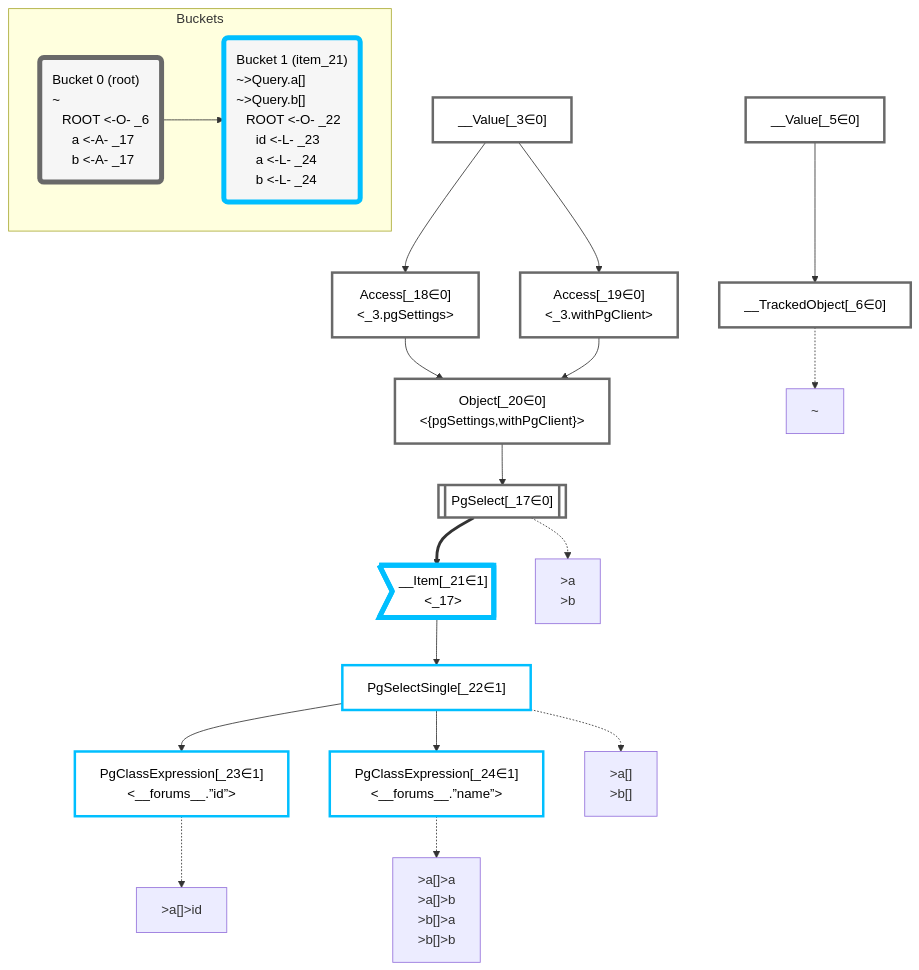
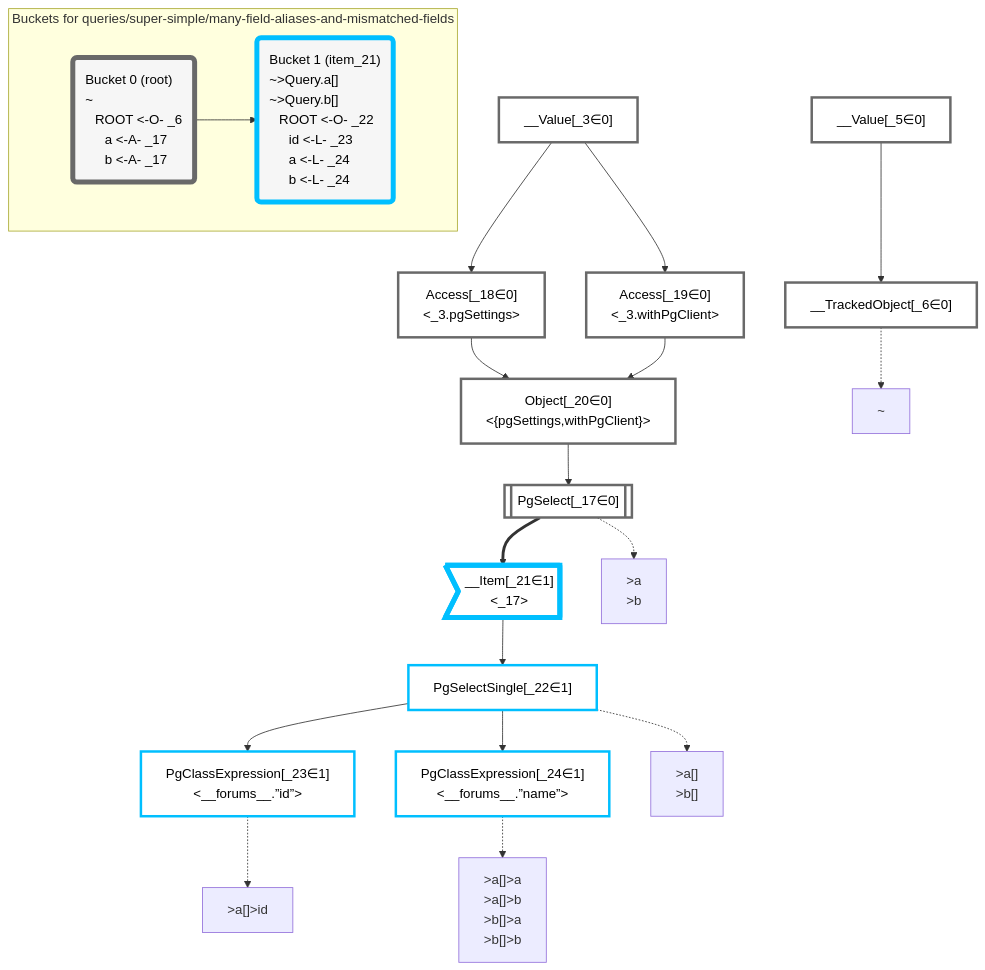
Before and after one commit to graphile/crystal: the diagram in packages/dataplan-pg/__tests__/queries/super-simple/many-field-aliases-and-mismatched-fields.deopt.mermaid.md, drawn with Mermaid. The commit also changed 195 other files, not shown here.

````diff
--- a/packages/dataplan-pg/__tests__/queries/super-simple/many-field-aliases-and-mismatched-fields.deopt.mermaid.md
+++ b/packages/dataplan-pg/__tests__/queries/super-simple/many-field-aliases-and-mismatched-fields.deopt.mermaid.md
@@ -1,60 +1,60 @@
 ```mermaid
 graph TD
     classDef path fill:#eee,stroke:#000,color:#000
     classDef plan fill:#fff,stroke-width:3px,color:#000
     classDef itemplan fill:#fff,stroke-width:6px,color:#000
     classDef sideeffectplan fill:#f00,stroke-width:6px,color:#000
     classDef bucket fill:#f6f6f6,color:#000,stroke-width:6px,text-align:left
 
 
     %% define plans
     __Value_3["__Value[_3∈0]<br /><context>"]:::plan
     __Value_5["__Value[_5∈0]<br /><rootValue>"]:::plan
     __TrackedObject_6["__TrackedObject[_6∈0]"]:::plan
     PgSelect_17[["PgSelect[_17∈0]<br /><forums>"]]:::plan
     Access_18["Access[_18∈0]<br /><_3.pgSettings>"]:::plan
     Access_19["Access[_19∈0]<br /><_3.withPgClient>"]:::plan
     Object_20["Object[_20∈0]<br /><{pgSettings,withPgClient}>"]:::plan
     __Item_21>"__Item[_21∈1]<br /><_17>"]:::itemplan
     PgSelectSingle_22["PgSelectSingle[_22∈1]<br /><forums>"]:::plan
     PgClassExpression_23["PgClassExpression[_23∈1]<br /><__forums__.”id”>"]:::plan
     PgClassExpression_24["PgClassExpression[_24∈1]<br /><__forums__.”name”>"]:::plan
 
     %% plan dependencies
     __Value_5 --> __TrackedObject_6
     Object_20 --> PgSelect_17
     __Value_3 --> Access_18
     __Value_3 --> Access_19
     Access_18 --> Object_20
     Access_19 --> Object_20
     PgSelect_17 ==> __Item_21
     __Item_21 --> PgSelectSingle_22
     PgSelectSingle_22 --> PgClassExpression_23
     PgSelectSingle_22 --> PgClassExpression_24
 
     %% plan-to-path relationships
     P_6["~"]
     __TrackedObject_6 -.-> P_6
     P_17[">a<br />>b"]
     PgSelect_17 -.-> P_17
     P_22[">a[]<br />>b[]"]
     PgSelectSingle_22 -.-> P_22
     P_23[">a[]>id"]
     PgClassExpression_23 -.-> P_23
     P_24[">a[]>a<br />>a[]>b<br />>b[]>a<br />>b[]>b"]
     PgClassExpression_24 -.-> P_24
 
     %% allocate buckets
     classDef bucket0 stroke:#696969
     class __Value_3,__Value_5,__TrackedObject_6,PgSelect_17,Access_18,Access_19,Object_20 bucket0
     classDef bucket1 stroke:#00bfff
     class __Item_21,PgSelectSingle_22,PgClassExpression_23,PgClassExpression_24 bucket1
 
-    subgraph Buckets
+    subgraph "Buckets for queries/super-simple/many-field-aliases-and-mismatched-fields"
     Bucket0("Bucket 0 (root)<br />~<br />⠀ROOT <-O- _6<br />⠀⠀a <-A- _17<br />⠀⠀b <-A- _17"):::bucket
     style Bucket0 stroke:#696969
     Bucket1("Bucket 1 (item_21)<br />~>Query.a[]<br />~>Query.b[]<br />⠀ROOT <-O- _22<br />⠀⠀id <-L- _23<br />⠀⠀a <-L- _24<br />⠀⠀b <-L- _24"):::bucket
     style Bucket1 stroke:#00bfff
     Bucket0 --> Bucket1
     end
 ```
````
